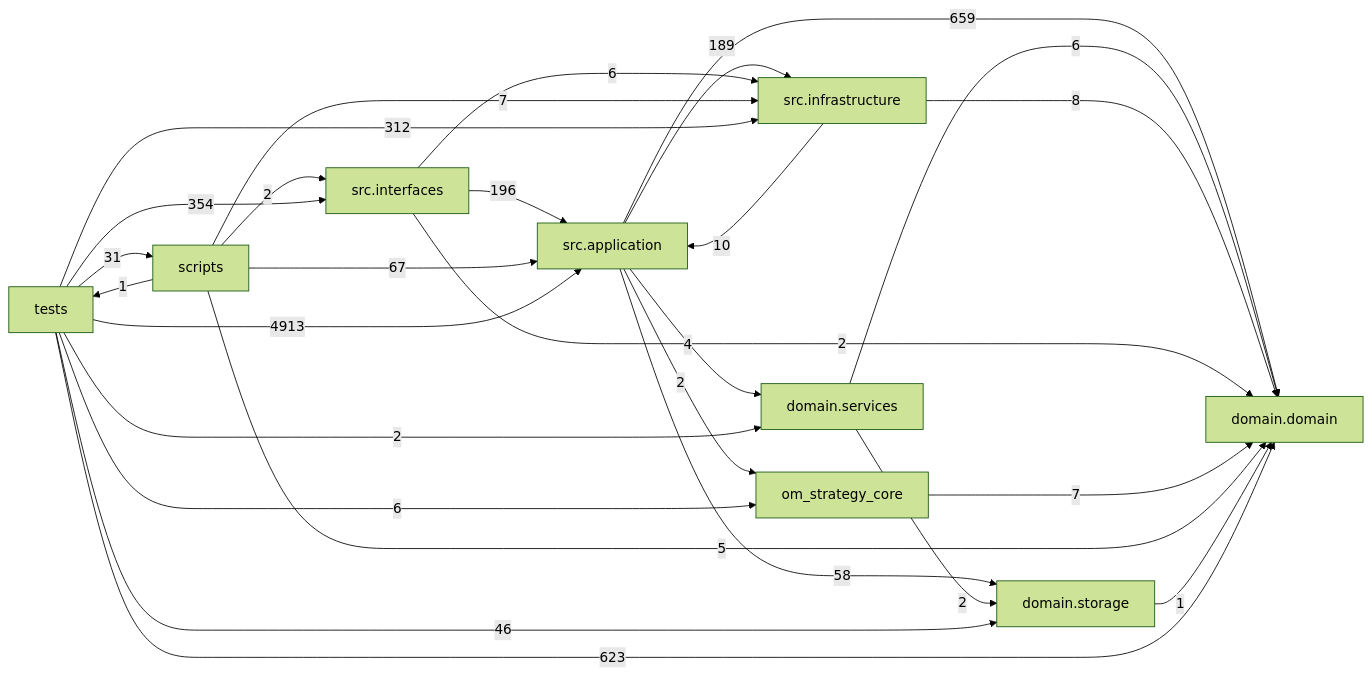
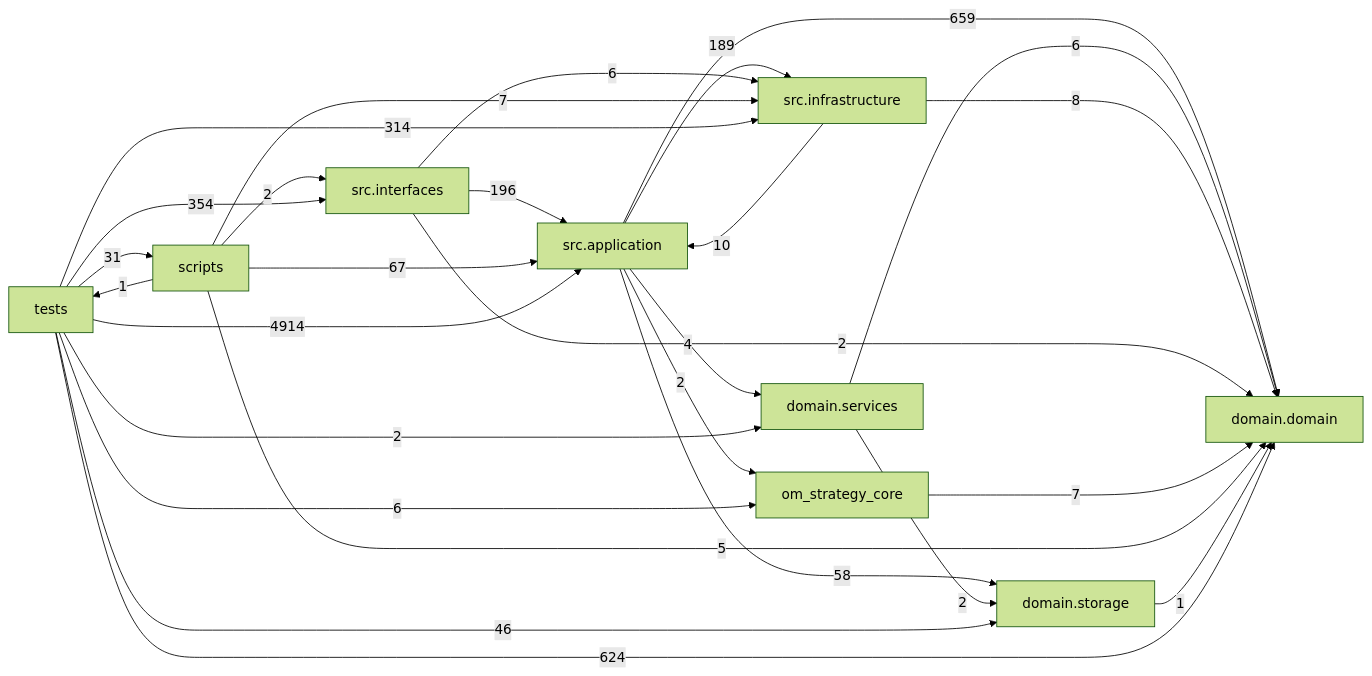
Before and after one commit to liuxie066/options-monitor: the diagram in docs/DEPENDENCY_GRAPH.md, drawn with Mermaid (forest theme). The commit also changed other lines of this file and 4 other files, not shown here.

````diff
--- a/docs/DEPENDENCY_GRAPH.md
+++ b/docs/DEPENDENCY_GRAPH.md
@@ -24,38 +24,38 @@
 ```mermaid
 flowchart LR
   tests["tests"]
   scripts["scripts"]
   interfaces["src.interfaces"]
   application["src.application"]
   infrastructure["src.infrastructure"]
   domain_services["domain.services"]
   domain["domain.domain"]
   storage["domain.storage"]
   application -->|659| domain
   application -->|4| domain_services
   application -->|189| infrastructure
   application -->|2| om_strategy_core
   application -->|58| storage
   domain_services -->|6| domain
   domain_services -->|2| storage
   infrastructure -->|10| application
   infrastructure -->|8| domain
   interfaces -->|196| application
   interfaces -->|2| domain
   interfaces -->|6| infrastructure
   om_strategy_core -->|7| domain
   scripts -->|67| application
   scripts -->|5| domain
   scripts -->|7| infrastructure
   scripts -->|2| interfaces
   scripts -->|1| tests
   storage -->|1| domain
-  tests -->|4913| application
-  tests -->|623| domain
+  tests -->|4914| application
+  tests -->|624| domain
   tests -->|2| domain_services
-  tests -->|312| infrastructure
+  tests -->|314| infrastructure
   tests -->|354| interfaces
   tests -->|6| om_strategy_core
   tests -->|31| scripts
   tests -->|46| storage
 ```
````
